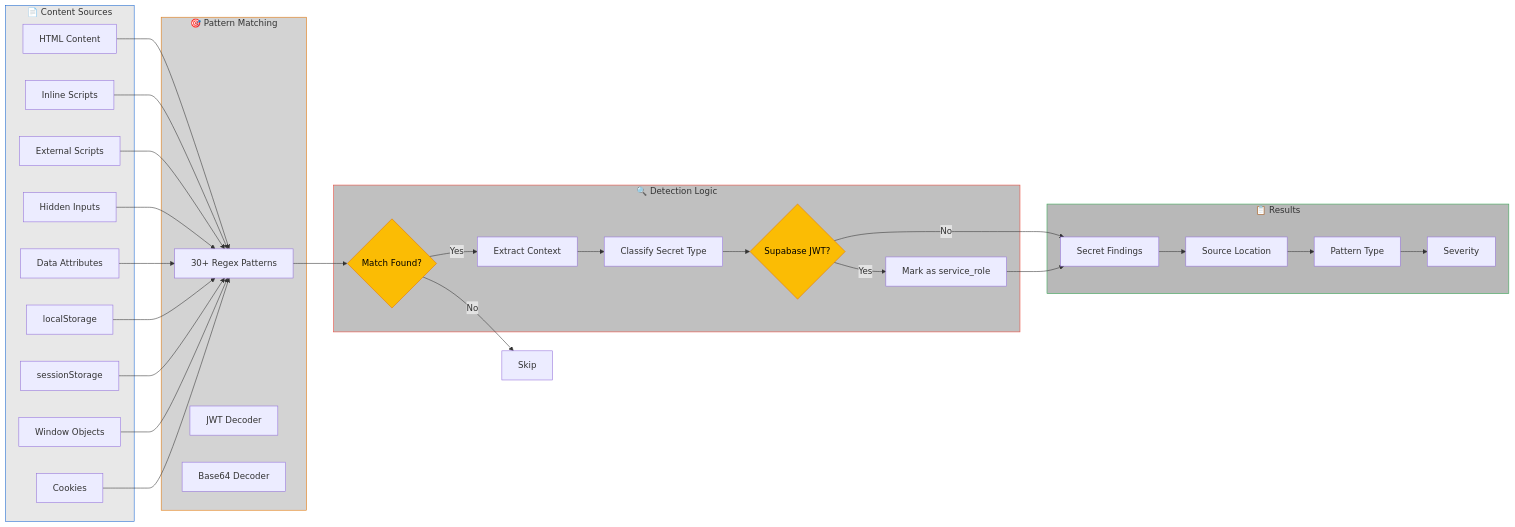
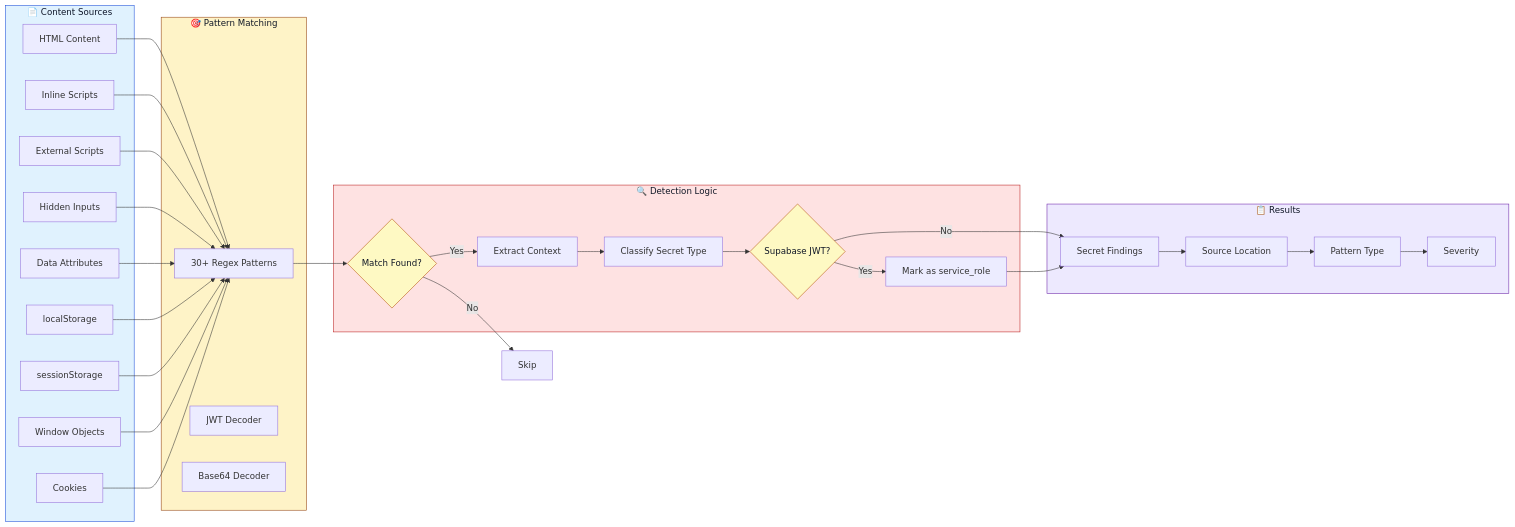
The third of 3 diagrams in README.md (ul0gic/corrode), drawn with Mermaid before and after one commit. The commit also changed other lines of this file, not shown here.

````diff
--- a/README.md
+++ b/README.md
@@ -125,53 +128,53 @@
 ```mermaid
 flowchart LR
     subgraph Sources["📄 Content Sources"]
         S1[HTML Content]
         S2[Inline Scripts]
         S3[External Scripts]
         S4[Hidden Inputs]
         S5[Data Attributes]
         S6[localStorage]
         S7[sessionStorage]
         S8[Window Objects]
         S9[Cookies]
     end
 
     subgraph Patterns["🎯 Pattern Matching"]
         P1[30+ Regex Patterns]
         P2[JWT Decoder]
         P3[Base64 Decoder]
     end
 
     subgraph Detection["🔍 Detection Logic"]
         D1{Match Found?}
         D2[Extract Context]
         D3[Classify Secret Type]
         D4{Supabase JWT?}
         D5[Mark as service_role]
     end
 
     subgraph Results["📋 Results"]
         R1[Secret Findings]
         R2[Source Location]
         R3[Pattern Type]
         R4[Severity]
     end
 
     S1 & S2 & S3 & S4 & S5 & S6 & S7 & S8 & S9 --> P1
     P1 --> D1
     D1 -->|Yes| D2
     D1 -->|No| Skip[Skip]
     D2 --> D3
     D3 --> D4
     D4 -->|Yes| D5
     D4 -->|No| R1
     D5 --> R1
     R1 --> R2 --> R3 --> R4
 
-    style Sources fill:#E8E8E8,stroke:#1967D2
-    style Patterns fill:#D3D3D3,stroke:#E37400
-    style Detection fill:#C0C0C0,stroke:#EA4335
-    style Results fill:#B8B8B8,stroke:#34A853
-    style D1 fill:#FBBC04,stroke:#E37400,color:#000
-    style D4 fill:#FBBC04,stroke:#E37400,color:#000
+    style Sources fill:#e0f2fe,stroke:#1d4ed8,color:#0f172a
+    style Patterns fill:#fef3c7,stroke:#92400e,color:#111827
+    style Detection fill:#fee2e2,stroke:#b91c1c,color:#111827
+    style Results fill:#ede9fe,stroke:#6b21a8,color:#111827
+    style D1 fill:#fef9c3,stroke:#b45309,color:#111827
+    style D4 fill:#fef9c3,stroke:#b45309,color:#111827
 ```
````
